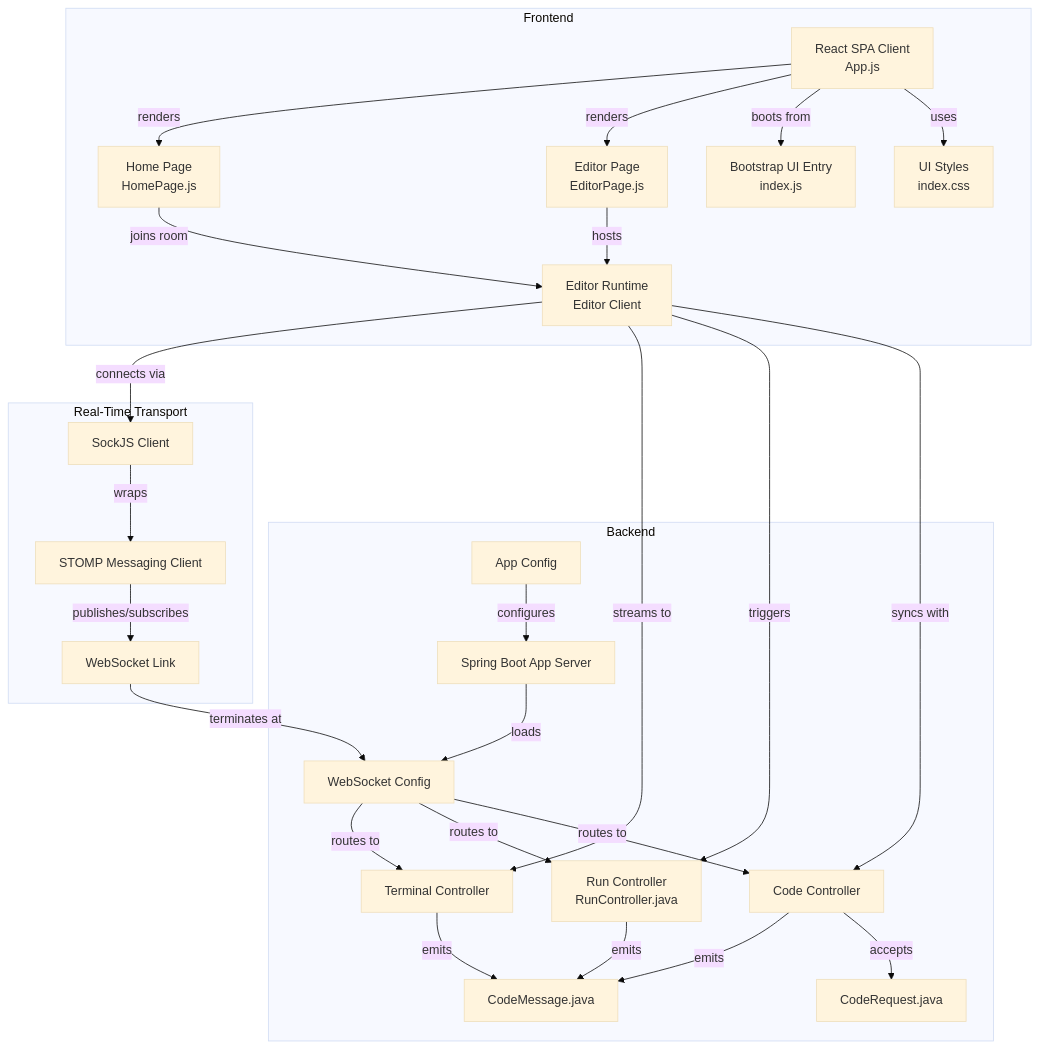
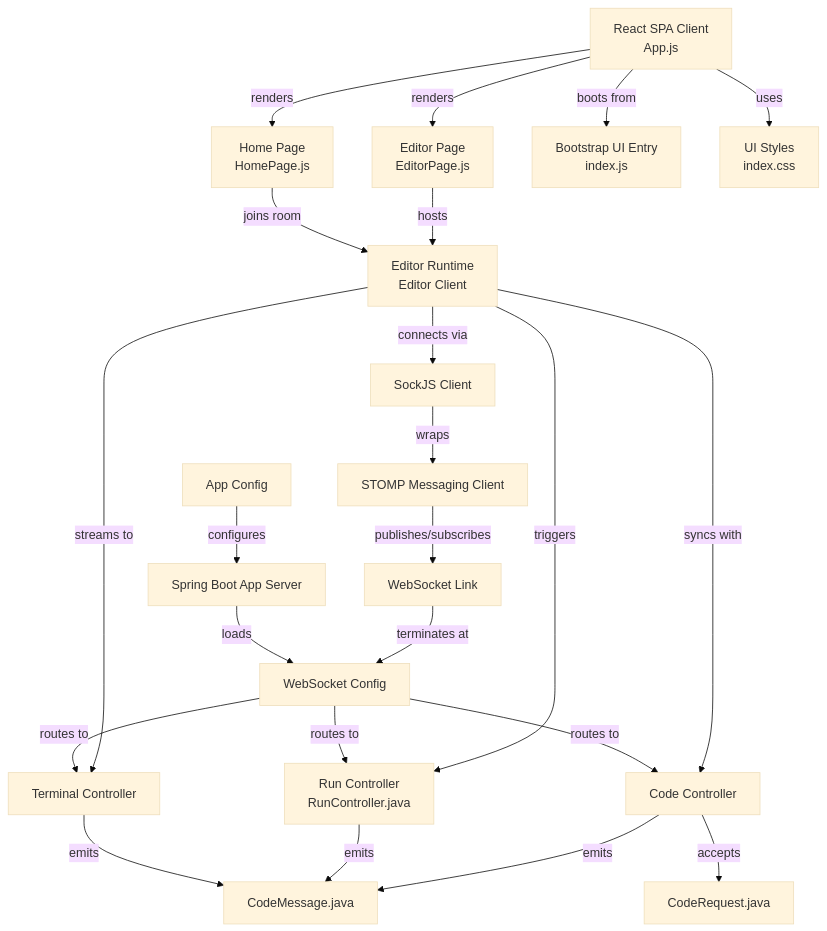
One commit to njansanjay/Codera-Real-Time-Code-Editor changed the diagram in README.md. Above: the diagram before and after it, drawn with Mermaid (base theme).

````diff
--- a/README.md
+++ b/README.md
@@ -132,68 +132,59 @@
 ```mermaid
 flowchart TB
 
-    %% Frontend
-    subgraph Frontend
-        App["React SPA Client<br/>App.js"]
+    App["React SPA Client<br/>App.js"]
 
-        Home["Home Page<br/>HomePage.js"]
-        Editor["Editor Page<br/>EditorPage.js"]
-        Bootstrap["Bootstrap UI Entry<br/>index.js"]
-        Styles["UI Styles<br/>index.css"]
+    Home["Home Page<br/>HomePage.js"]
+    Editor["Editor Page<br/>EditorPage.js"]
+    Bootstrap["Bootstrap UI Entry<br/>index.js"]
+    Styles["UI Styles<br/>index.css"]
 
-        Runtime["Editor Runtime<br/>Editor Client"]
+    Runtime["Editor Runtime<br/>Editor Client"]
 
-        App -->|renders| Home
-        App -->|renders| Editor
-        App -->|boots from| Bootstrap
-        App -->|uses| Styles
+    SockJS["SockJS Client"]
+    STOMP["STOMP Messaging Client"]
+    WS["WebSocket Link"]
 
-        Home -->|joins room| Runtime
-        Editor -->|hosts| Runtime
-    end
+    Config["App Config"]
+    Server["Spring Boot App Server"]
+    WSConfig["WebSocket Config"]
 
-    %% Realtime Transport
-    subgraph "Real-Time Transport"
-        SockJS["SockJS Client"]
-        STOMP["STOMP Messaging Client"]
-        WS["WebSocket Link"]
+    Terminal["Terminal Controller"]
+    Run["Run Controller<br/>RunController.java"]
+    Code["Code Controller"]
 
-        SockJS -->|wraps| STOMP
-        STOMP -->|publishes/subscribes| WS
-    end
+    CodeMessage["CodeMessage.java"]
+    CodeRequest["CodeRequest.java"]
+
+    App -->|renders| Home
+    App -->|renders| Editor
+    App -->|boots from| Bootstrap
+    App -->|uses| Styles
+
+    Home -->|joins room| Runtime
+    Editor -->|hosts| Runtime
 
     Runtime -->|connects via| SockJS
 
-    %% Backend
-    subgraph Backend
-        Config["App Config"]
-        Server["Spring Boot App Server"]
-        WSConfig["WebSocket Config"]
+    SockJS -->|wraps| STOMP
+    STOMP -->|publishes/subscribes| WS
 
-        Config -->|configures| Server
-        Server -->|loads| WSConfig
-
-        Terminal["Terminal Controller"]
-        Run["Run Controller<br/>RunController.java"]
-        Code["Code Controller"]
-
-        WSConfig -->|routes to| Terminal
-        WSConfig -->|routes to| Run
-        WSConfig -->|routes to| Code
-
-        CodeMessage["CodeMessage.java"]
-        CodeRequest["CodeRequest.java"]
-
-        Terminal -->|emits| CodeMessage
-        Run -->|emits| CodeMessage
-        Code -->|emits| CodeMessage
-
-        Code -->|accepts| CodeRequest
-    end
+    Config -->|configures| Server
+    Server -->|loads| WSConfig
 
     WS -->|terminates at| WSConfig
+
+    WSConfig -->|routes to| Terminal
+    WSConfig -->|routes to| Run
+    WSConfig -->|routes to| Code
 
     Runtime -->|streams to| Terminal
     Runtime -->|triggers| Run
     Runtime -->|syncs with| Code
+
+    Terminal -->|emits| CodeMessage
+    Run -->|emits| CodeMessage
+    Code -->|emits| CodeMessage
+
+    Code -->|accepts| CodeRequest
 ```
````
